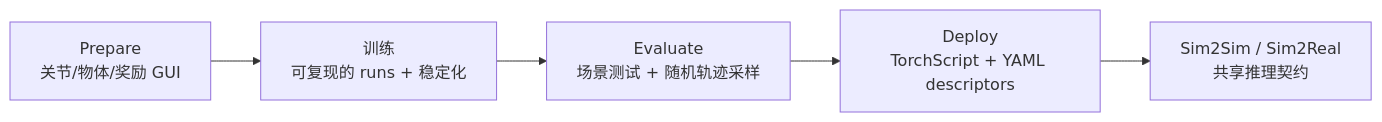
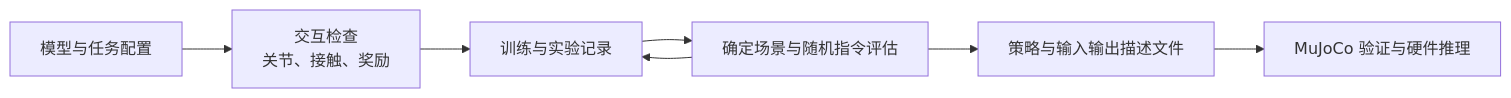
Before and after one commit to niuverse/llm-wiki: the diagram in wiki/sources/agile-a-comprehensive-workflow-for-humanoid-loco-manipulation-learning.md, drawn with Mermaid. The commit also changed other lines of this file and 317 other files, not shown here.

````diff
--- a/wiki/sources/agile-a-comprehensive-workflow-for-humanoid-loco-manipulation-learning.md
+++ b/wiki/sources/agile-a-comprehensive-workflow-for-humanoid-loco-manipulation-learning.md
@@ -56,7 +33,9 @@
 ```mermaid
 flowchart LR
-  A["Prepare<br/>关节/物体/奖励 GUI"] --> B["训练<br/>可复现的 runs + 稳定化"]
-  B --> C["Evaluate<br/>场景测试 + 随机轨迹采样"]
-  C --> D["Deploy<br/>TorchScript + YAML descriptors"]
-  D --> E["Sim2Sim / Sim2Real<br/>共享推理契约"]
+  A["模型与任务配置"] --> B["交互检查<br/>关节、接触、奖励"]
+  B --> C["训练与实验记录"]
+  C --> D["确定场景与随机指令评估"]
+  D --> E["策略与输入输出描述文件"]
+  E --> F["MuJoCo 验证与硬件推理"]
+  D --> C
 ```
````
